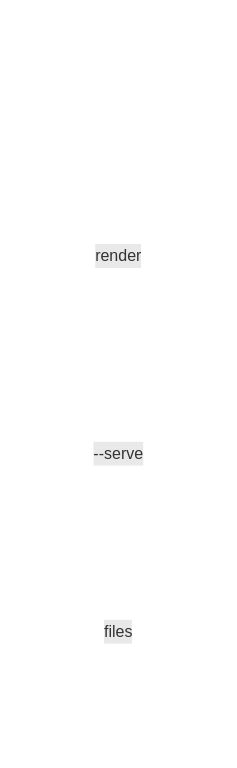
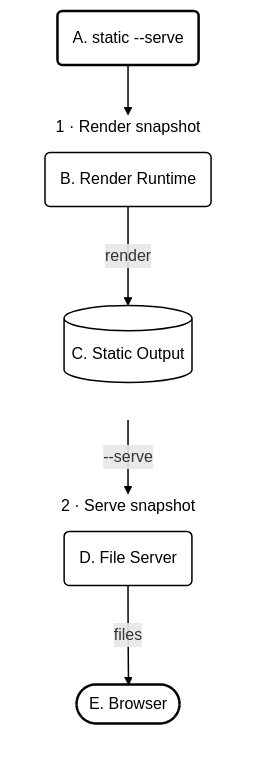
The diagram in docs/HYPERBRICKS_CLI.md (hyperbricks/hyperbricks), drawn with Mermaid before and after one commit. The commit also changed other lines of this file and 34 other files, not shown here.

````diff
--- a/docs/HYPERBRICKS_CLI.md
+++ b/docs/HYPERBRICKS_CLI.md
@@ -214,73 +703,35 @@
 ```mermaid
----
-config:
-  flowchart:
-    htmlLabels: true
-  themeCSS: |
-    .label foreignObject { overflow: visible; }
-    .hb-tip { display: inline-block; position: relative; }
-    .hb-tip::after {
-      background: #ffffff !important;
-      border: 1px solid #111111;
-      border-radius: 6px;
-      bottom: calc(100% + 8px);
-      box-shadow: 0 4px 14px rgba(0, 0, 0, 0.22);
-      box-sizing: border-box;
-      color: #000000 !important;
-      content: attr(aria-description);
-      font-family: Arial, sans-serif;
-      font-size: 12px;
-      font-weight: 400;
-      left: 50%;
-      line-height: 1.4;
-      max-width: calc(100vw - 32px);
-      opacity: 0;
-      overflow-wrap: anywhere;
-      padding: 8px 10px;
-      pointer-events: none;
-      position: absolute;
-      text-align: left;
-      transform: translateX(-50%);
-      visibility: hidden;
-      white-space: normal;
-      width: 240px;
-      z-index: 1000;
-    }
-    .hb-tip--below::after { bottom: auto; top: calc(100% + 8px); }
-    .node:hover .hb-tip::after,
-    .hb-tip:focus::after { opacity: 1; visibility: visible; }
----
 flowchart TB
-    CLI("<span class='hb-tip hb-tip--below' tabindex='0' aria-description='Run hyperbricks static -m demo --serve. The command completes a new snapshot before it starts the static file server.'>static --serve</span>")
+    CLI("A. static --serve")
 
     subgraph SNAPSHOT["1 · Render snapshot"]
         direction TB
-        RUNTIME("<span class='hb-tip' tabindex='0' aria-description='A temporary HyperBricks runtime discovers and renders the snapshot targets. Components, templates, guards, plugins, and configured API calls run during this phase.'>Render Runtime</span>")
-        OUTPUT[("<span class='hb-tip' tabindex='0' aria-description='Write the rendered HTML and copied module assets to the completed render directory.'>Static Output</span>")]
+        RUNTIME("B. Render Runtime")
+        OUTPUT[("C. Static Output")]
 
         RUNTIME -->|"render"| OUTPUT
     end
 
     subgraph SERVING["2 · Serve snapshot"]
         direction TB
-        FILESERVER("<span class='hb-tip' tabindex='0' aria-description='After rendering finishes, --serve starts a separate file-only server over the completed render directory. It does not run HyperBricks routes or components.'>File Server</span>")
-        BROWSER(["<span class='hb-tip' tabindex='0' aria-description='Receive HTML and assets already stored in the completed render directory.'>Browser</span>"])
+        FILESERVER("D. File Server")
+        BROWSER(["E. Browser"])
 
         FILESERVER -->|"files"| BROWSER
     end
 
     CLI --> RUNTIME
     OUTPUT -->|"--serve"| FILESERVER
 
-    classDef node fill:#ffffff00,stroke:#ffffff,color:#ffffff,stroke-width:2.5px;
-    classDef emphasis fill:#ffffff00,stroke:#ffffff,color:#ffffff,stroke-width:1.5px;
-    classDef output fill:#ffffff00,stroke:#ffffff,color:#ffffff,stroke-width:1.5px;
+    classDef node fill:transparent,stroke:currentColor,color:currentColor,stroke-width:2.5px;
+    classDef emphasis fill:transparent,stroke:currentColor,color:currentColor,stroke-width:1.5px;
+    classDef output fill:transparent,stroke:currentColor,color:currentColor,stroke-width:1.5px;
 
     class CLI,BROWSER node;
     class RUNTIME,FILESERVER emphasis;
     class OUTPUT output;
 
-    linkStyle default stroke:#ffffff,stroke-width:1.5px;
-    style SNAPSHOT fill:transparent,stroke:#ffffff00,color:#ffffff,stroke-width:1px;
-    style SERVING fill:transparent,stroke:#ffffff00,color:#ffffff,stroke-width:1px;
+    linkStyle default stroke:currentColor,stroke-width:1.5px;
+    style SNAPSHOT fill:transparent,stroke:transparent,color:currentColor,stroke-width:1px;
+    style SERVING fill:transparent,stroke:transparent,color:currentColor,stroke-width:1px;
 ```
````
